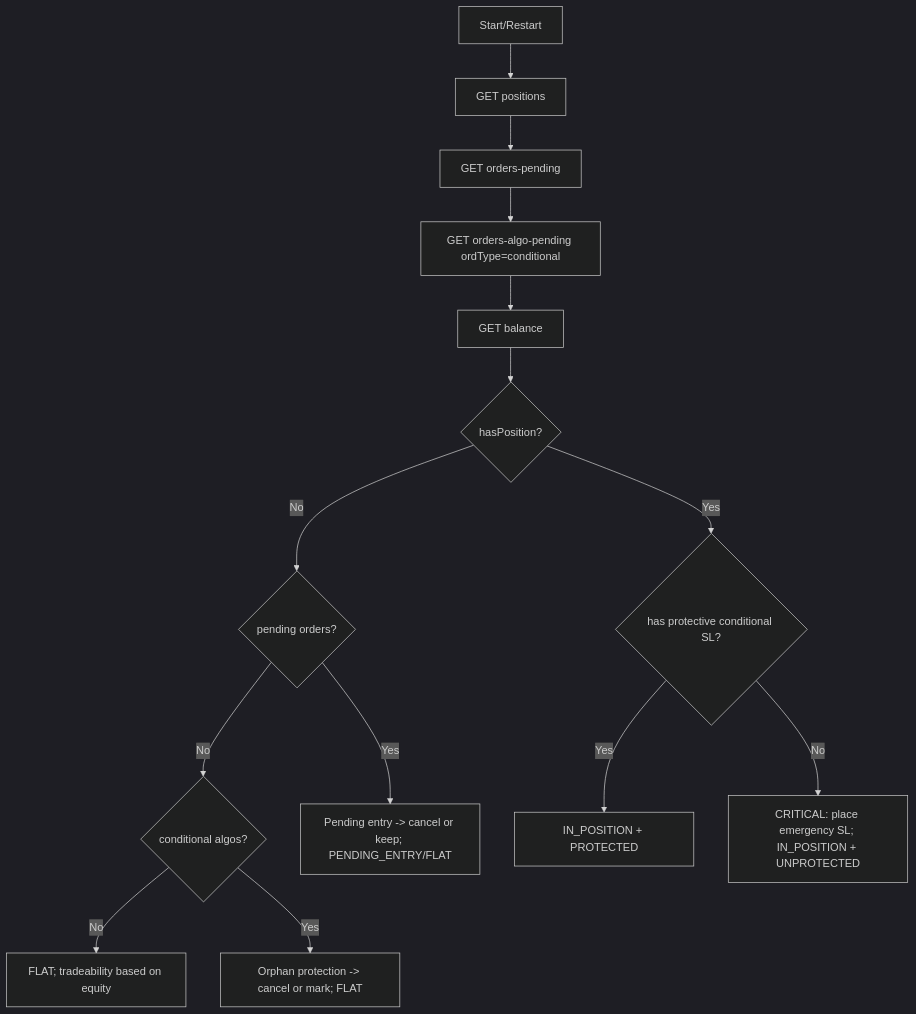
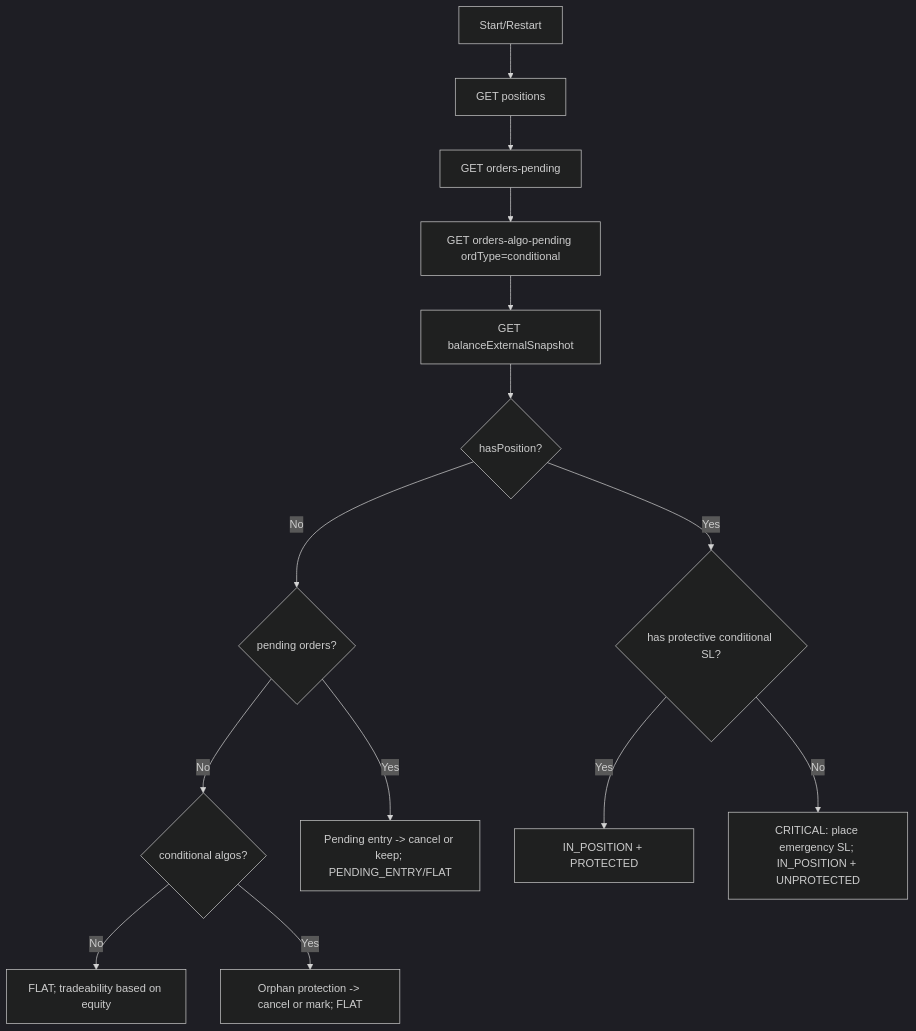
One commit to sempurnapria54-hue/VibeTradingBotV5 changed the diagram in docs/scenario/scenario0_reconcile.md. Above: the diagram before and after it, drawn with Mermaid (dark theme). The commit also changed other lines of this file and 222 other files, not shown here.

````diff
--- a/docs/scenario/scenario0_reconcile.md
+++ b/docs/scenario/scenario0_reconcile.md
@@ -240,18 +282,18 @@
 ```mermaid
 flowchart TD
   A[Start/Restart] --> B[GET positions]
   B --> C[GET orders-pending]
   C --> D[GET orders-algo-pending ordType=conditional]
-  D --> E[GET balance]
+  D --> E[GET balanceExternalSnapshot]
 
   E --> F{hasPosition?}
   F -- No --> G{pending orders?}
   G -- No --> H{conditional algos?}
   H -- No --> I[FLAT; tradeability based on equity]
   H -- Yes --> J[Orphan protection -> cancel or mark; FLAT]
   G -- Yes --> K[Pending entry -> cancel or keep; PENDING_ENTRY/FLAT]
 
   F -- Yes --> L{has protective conditional SL?}
   L -- Yes --> M[IN_POSITION + PROTECTED]
   L -- No --> N[CRITICAL: place emergency SL; IN_POSITION + UNPROTECTED]
 ```
````
